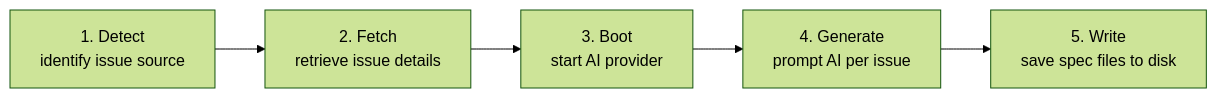
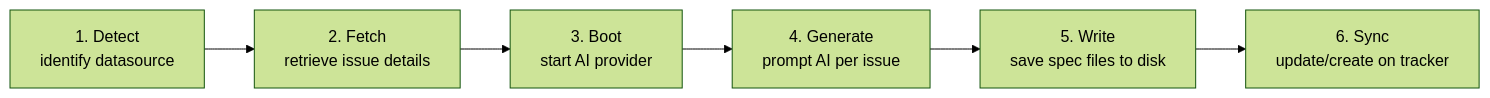
The fourth of 6 diagrams in docs/architecture.md (PatrickRuddiman/Dispatch), drawn with Mermaid (forest theme) before and after one commit. The commit also changed other lines of this file and 37 other files, not shown here.

````diff
--- a/docs/architecture.md
+++ b/docs/architecture.md
@@ -169,7 +194,8 @@
 ```mermaid
 flowchart LR
-    A["1. Detect<br/>identify issue source"] --> B["2. Fetch<br/>retrieve issue details"]
+    A["1. Detect<br/>identify datasource"] --> B["2. Fetch<br/>retrieve issue details"]
     B --> C["3. Boot<br/>start AI provider"]
     C --> D["4. Generate<br/>prompt AI per issue"]
     D --> E["5. Write<br/>save spec files to disk"]
+    E --> F["6. Sync<br/>update/create on tracker"]
 ```
````
